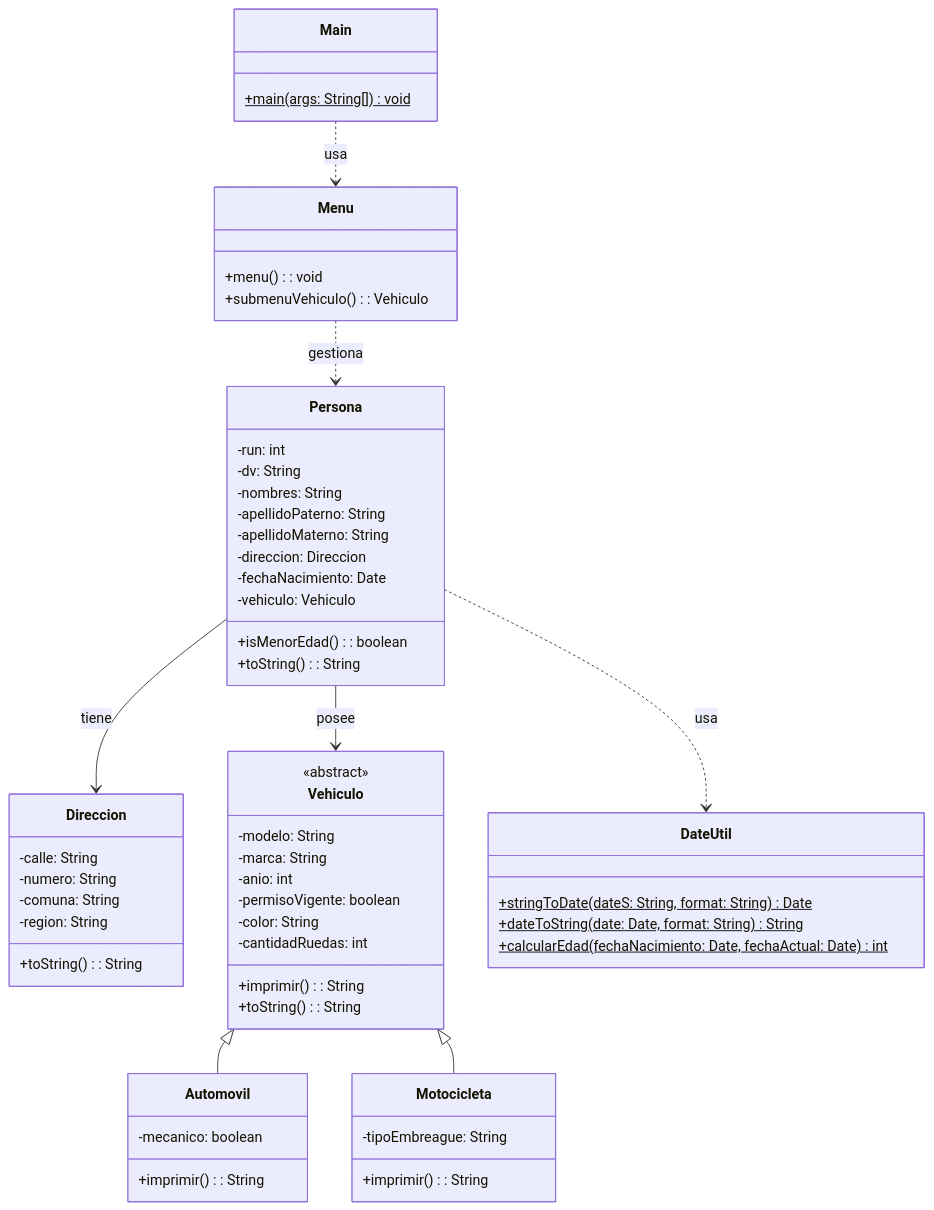
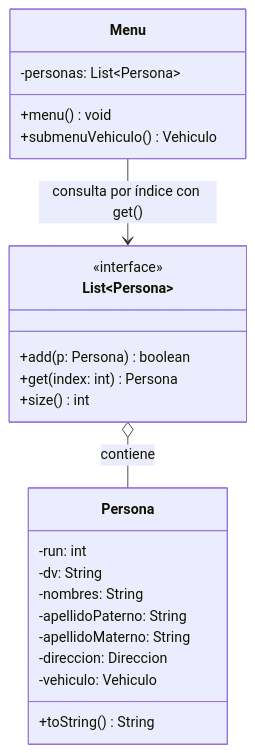
The second of 3 diagrams in 12/README.md (elprofecarreno/poo-fundaments), drawn with Mermaid before and after one commit. The commit also changed other lines of this file and 15 other files, not shown here.

````diff
--- a/12/README.md
+++ b/12/README.md
@@ -11,68 +66,29 @@
 ```mermaid
 classDiagram
-    class Main {
-        +main(args: String[])$ void
+    class Menu {
+        -personas: List~Persona~
+        +menu() void
+        +submenuVehiculo() Vehiculo
     }
 
-    class Menu {
-        +menu(): void
-        +submenuVehiculo(): Vehiculo
+    class List~Persona~ {
+        <<interface>>
+        +add(p: Persona) boolean
+        +get(index: int) Persona
+        +size() int
     }
 
     class Persona {
         -run: int
         -dv: String
         -nombres: String
         -apellidoPaterno: String
         -apellidoMaterno: String
         -direccion: Direccion
-        -fechaNacimiento: Date
         -vehiculo: Vehiculo
-        +isMenorEdad(): boolean
-        +toString(): String
+        +toString() String
     }
 
-    class Direccion {
-        -calle: String
-        -numero: String
-        -comuna: String
-        -region: String
-        +toString(): String
-    }
-
-    class Vehiculo {
-        <<abstract>>
-        -modelo: String
-        -marca: String
-        -anio: int
-        -permisoVigente: boolean
-        -color: String
-        -cantidadRuedas: int
-        +imprimir(): String
-        +toString(): String
-    }
-
-    class Automovil {
-        -mecanico: boolean
-        +imprimir(): String
-    }
-
-    class Motocicleta {
-        -tipoEmbreague: String
-        +imprimir(): String
-    }
-
-    class DateUtil {
-        +stringToDate(dateS: String, format: String)$ Date
-        +dateToString(date: Date, format: String)$ String
-        +calcularEdad(fechaNacimiento: Date, fechaActual: Date)$ int
-    }
-
-    Vehiculo <|-- Automovil
-    Vehiculo <|-- Motocicleta
-    Persona --> Direccion : tiene
-    Persona --> Vehiculo : posee
-    Main ..> Menu : usa
-    Menu ..> Persona : gestiona
-    Persona ..> DateUtil : usa
+    Menu --> List~Persona~ : consulta por índice con get()
+    List~Persona~ o-- Persona : contiene
 ```
````
